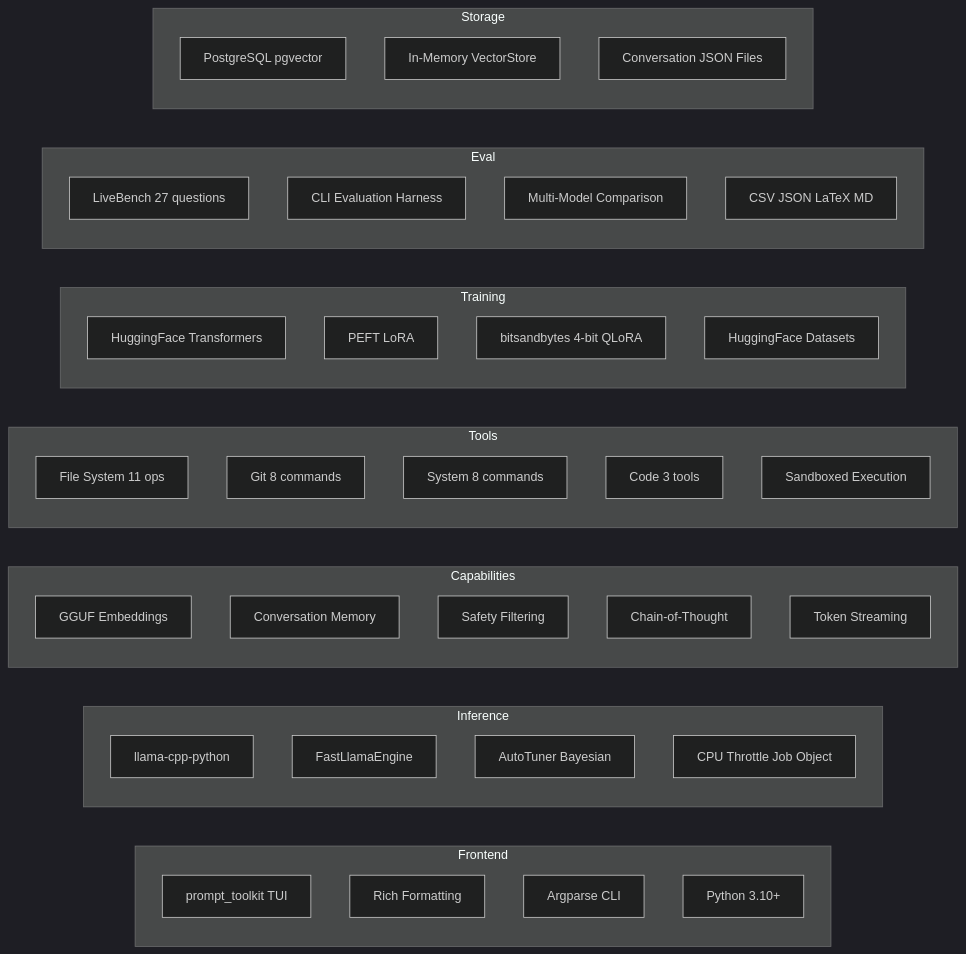
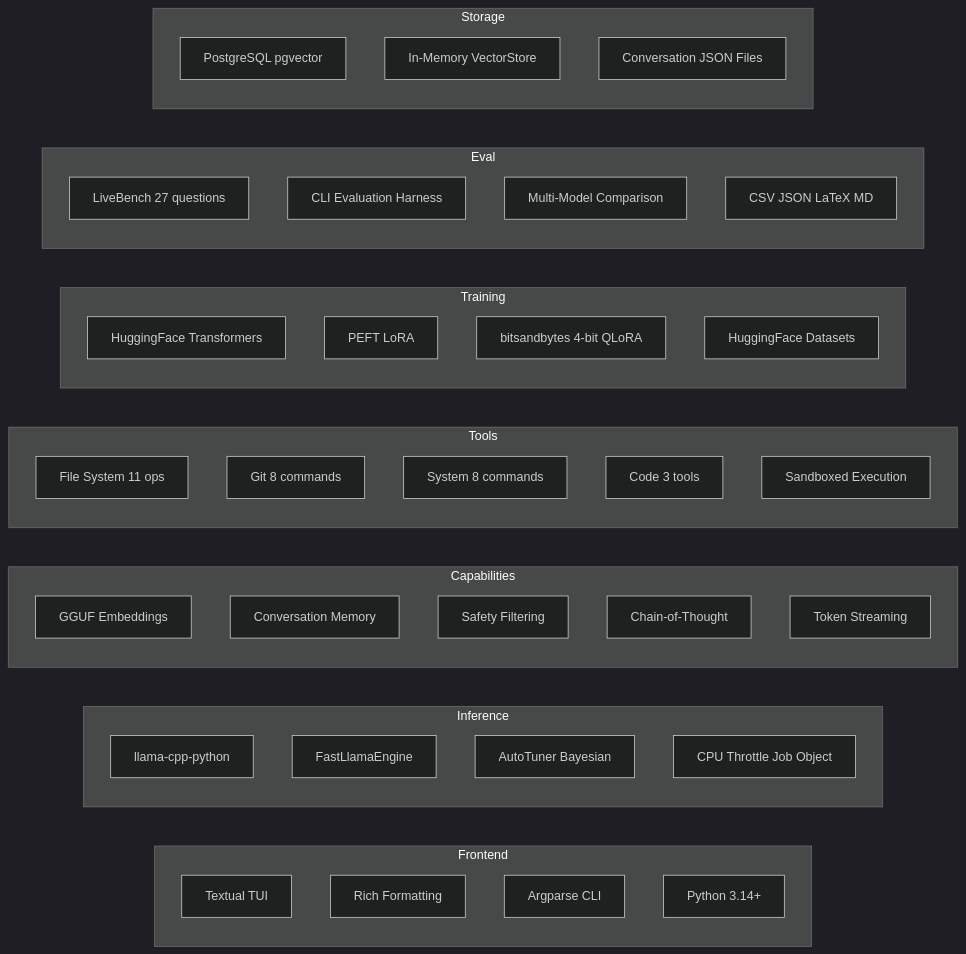
Before and after one commit to rbkhan007/Photato-Phi-3-Custom-Model: the fourth of 14 diagrams in README.md, drawn with Mermaid (dark theme). The commit also changed other lines of this file, not shown here.

First line of the commit message:
docs: Full README overhaul — TUI, 53 tools, 459 tests, benchmark results

````diff
--- a/README.md
+++ b/README.md
@@ -282,52 +282,52 @@
 ```mermaid
 flowchart LR
     subgraph Frontend
-        PT["prompt_toolkit TUI"]
+        PT["Textual TUI"]
         RICH["Rich Formatting"]
         CLI2["Argparse CLI"]
-        PY["Python 3.10+"]
+        PY["Python 3.14+"]
     end
 
     subgraph Inference
         LC2["llama-cpp-python"]
         FLE["FastLlamaEngine"]
         AT2["AutoTuner Bayesian"]
         CT["CPU Throttle Job Object"]
     end
 
     subgraph Capabilities
         RAG2["GGUF Embeddings"]
         MEM2["Conversation Memory"]
         SAFE["Safety Filtering"]
         THINK["Chain-of-Thought"]
         STREAM2["Token Streaming"]
     end
 
     subgraph Tools
         FS["File System 11 ops"]
         GIT2["Git 8 commands"]
         SYS["System 8 commands"]
         CD["Code 3 tools"]
         EXEC["Sandboxed Execution"]
     end
 
     subgraph Training
         TF["HuggingFace Transformers"]
         PEFT["PEFT LoRA"]
         BNB["bitsandbytes 4-bit QLoRA"]
         DS["HuggingFace Datasets"]
     end
 
     subgraph Eval
         LB2["LiveBench 27 questions"]
         HARN["CLI Evaluation Harness"]
         CMP2["Multi-Model Comparison"]
         EXP2["CSV JSON LaTeX MD"]
     end
 
     subgraph Storage
         PGV["PostgreSQL pgvector"]
         MEM3["In-Memory VectorStore"]
         JSN["Conversation JSON Files"]
     end
 ```
````
